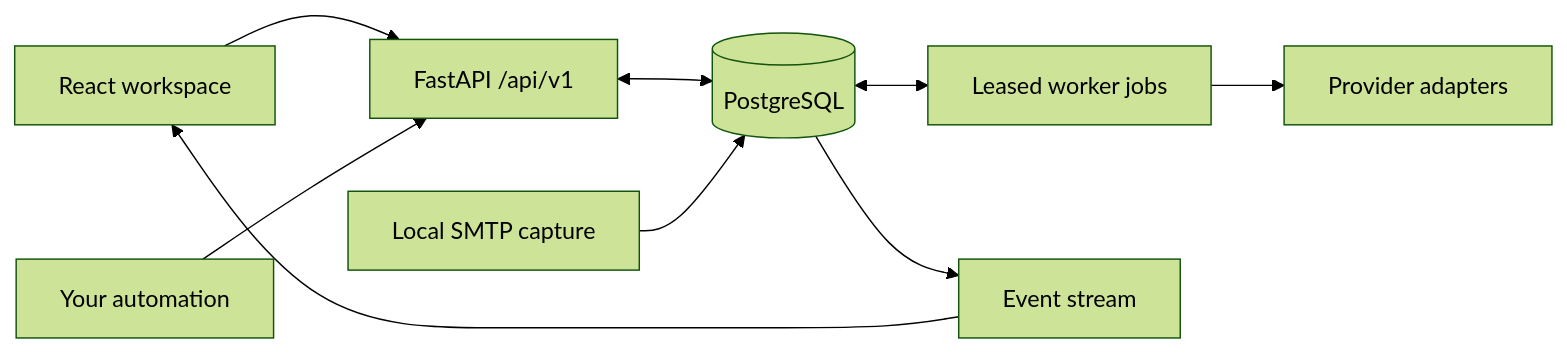
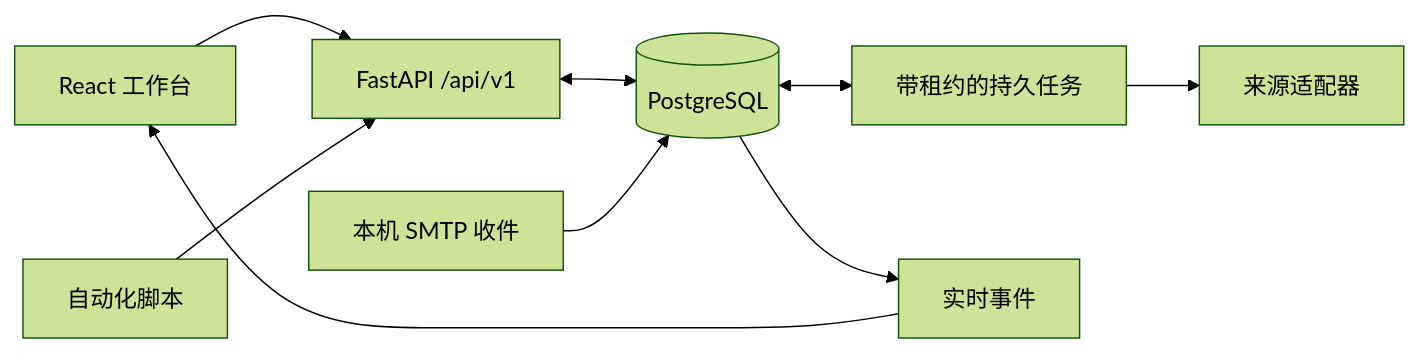
One commit to wuchenwl/linsemail changed the diagram in README.md. Above: the diagram before and after it, drawn with Mermaid (forest theme). The commit also changed other lines of this file and 9 other files, not shown here.

````diff
--- a/README.md
+++ b/README.md
@@ -123,11 +123,11 @@
 ```mermaid
 flowchart LR
-  UI[React workspace] --> API[FastAPI /api/v1]
-  SCRIPT[Your automation] --> API
+  UI[React 工作台] --> API[FastAPI /api/v1]
+  SCRIPT[自动化脚本] --> API
   API <--> DB[(PostgreSQL)]
-  DB <--> WORKER[Leased worker jobs]
-  WORKER --> ADAPTERS[Provider adapters]
-  SMTP[Local SMTP capture] --> DB
-  DB --> EVENTS[Event stream]
+  DB <--> WORKER[带租约的持久任务]
+  WORKER --> ADAPTERS[来源适配器]
+  SMTP[本机 SMTP 收件] --> DB
+  DB --> EVENTS[实时事件]
   EVENTS --> UI
 ```
````
